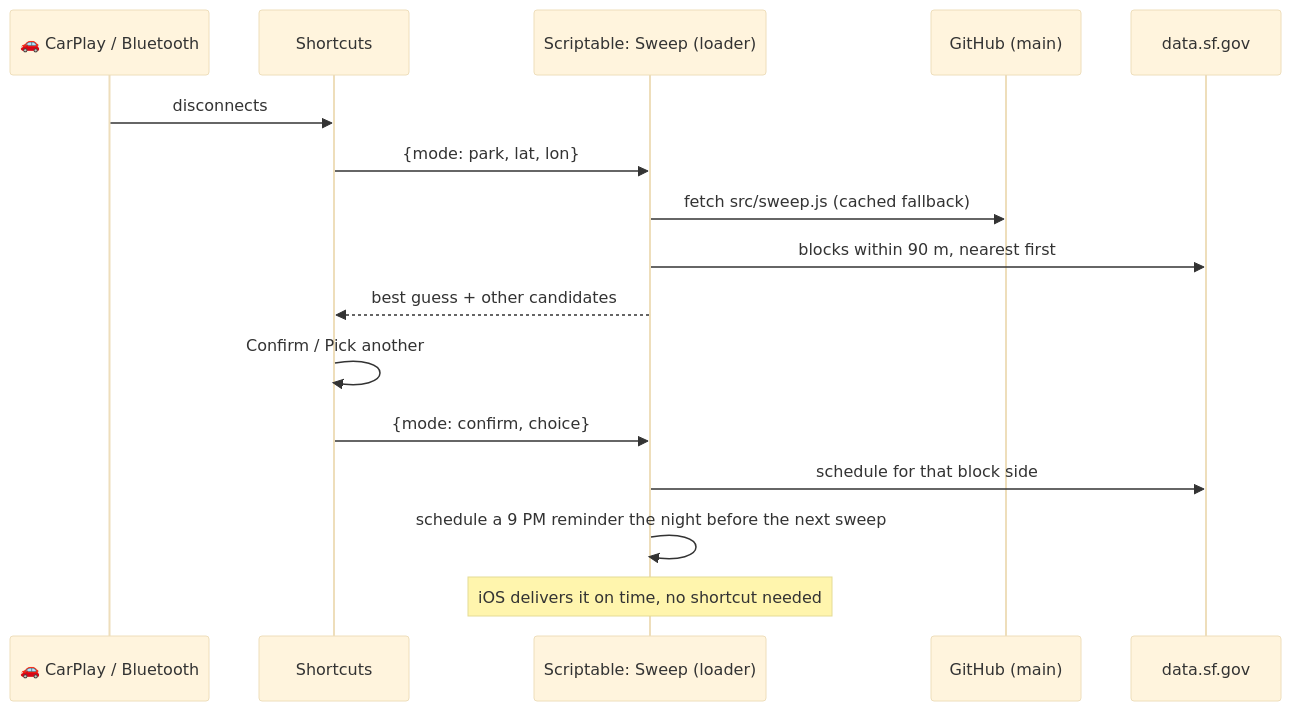
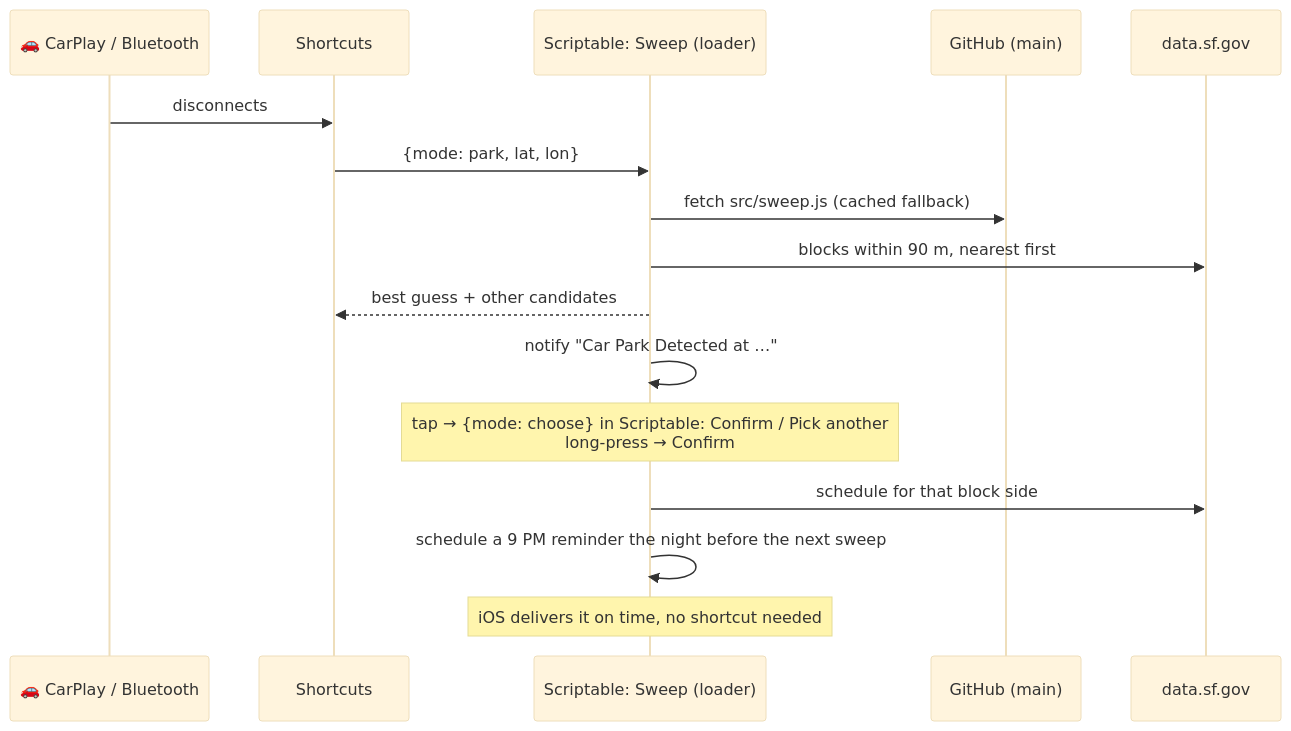
One commit to tclare/sf-street-sweeper changed the diagram in README.md. Above: the diagram before and after it, drawn with Mermaid (base theme). The commit also changed other lines of this file and 3 other files, not shown here.

````diff
--- a/README.md
+++ b/README.md
@@ -16,19 +17,19 @@
 ```mermaid
 sequenceDiagram
     participant Car as 🚗 CarPlay / Bluetooth
     participant SC as Shortcuts
     participant L as Scriptable: Sweep (loader)
     participant GH as GitHub (main)
     participant SF as data.sf.gov
 
     Car->>SC: disconnects
     SC->>L: {mode: park, lat, lon}
     L->>GH: fetch src/sweep.js (cached fallback)
     L->>SF: blocks within 90 m, nearest first
     L-->>SC: best guess + other candidates
-    SC->>SC: Confirm / Pick another
-    SC->>L: {mode: confirm, choice}
+    L->>L: notify "Car Park Detected at …"
+    Note over L: tap → {mode: choose} in Scriptable: Confirm / Pick another<br>long-press → Confirm
     L->>SF: schedule for that block side
     L->>L: schedule a 9 PM reminder the night before the next sweep
     Note over L: iOS delivers it on time, no shortcut needed
 ```
````
